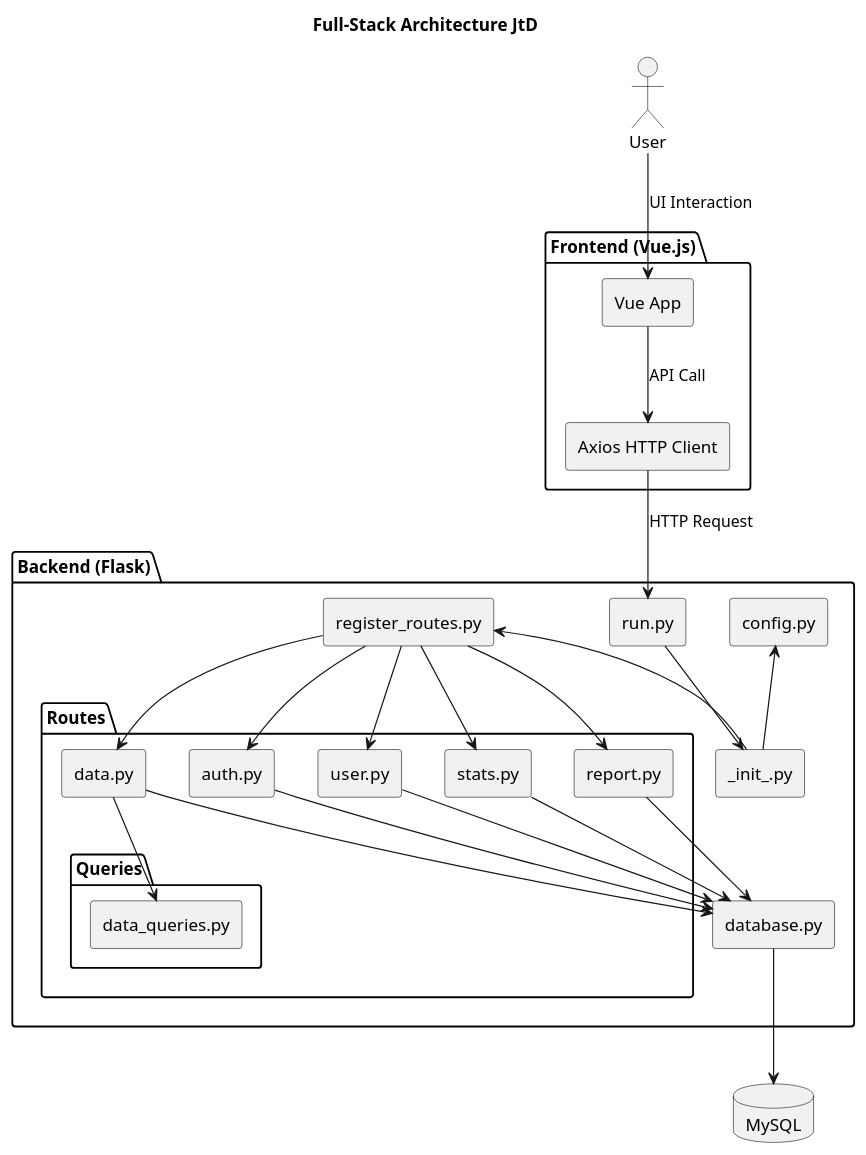
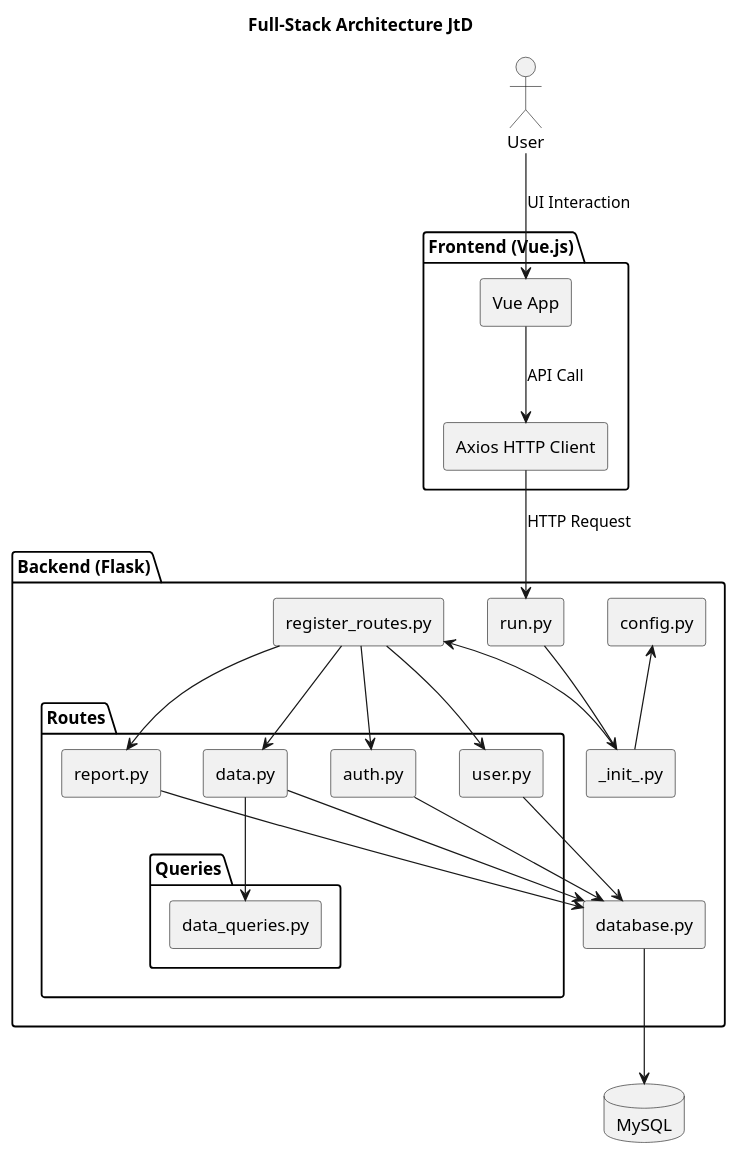
One commit to NaturalHistoryMuseum/join-the-dots-dev changed the diagram in docs/diagrams/Full-Stack Architecture JtD.plantuml. Above: the diagram before and after it, drawn with PlantUML. The commit also changed 9 other files, not shown here.

```diff
--- a/docs/diagrams/Full-Stack Architecture JtD.plantuml
+++ b/docs/diagrams/Full-Stack Architecture JtD.plantuml
@@ -1,60 +1,57 @@
 @startuml full-stack-architecture
 title Full-Stack Architecture JtD
 
 skinparam componentStyle rectangle
 
 actor User
 
 package "Frontend (Vue.js)" {
   [Vue App]
   [Axios HTTP Client]
 }
 
 package "Backend (Flask)" {
   [run.py] as EntryPoint
   [register_routes.py]
   [_init_.py]
   [config.py]
   [database.py]
 
   package "Routes" {
     [data.py]
     [auth.py]
     [user.py]
-    [stats.py]
     [report.py]
     package "Queries" {
     [data_queries.py]
     }
   }
 }
 
 database "MySQL" as DB
 
 ' Interactions
 User --> [Vue App] : UI Interaction
 [Vue App] --> [Axios HTTP Client] : API Call
 [Axios HTTP Client] --> EntryPoint : HTTP Request
 EntryPoint --> [_init_.py]
 
 [config.py] <-- [_init_.py]
 [register_routes.py] <-- [_init_.py]
 
 [register_routes.py] --> [auth.py]
 [register_routes.py] --> [user.py]
 [register_routes.py] --> [data.py]
 [register_routes.py] --> [report.py]
-[register_routes.py] --> [stats.py]
 
 
 [auth.py] --> [database.py]
 [user.py] --> [database.py]
 [data.py] --> [database.py]
 [report.py] --> [database.py]
-[stats.py] --> [database.py]
 
 [database.py] --> DB
 
 [data.py] --> [data_queries.py]
 
 @enduml
```
